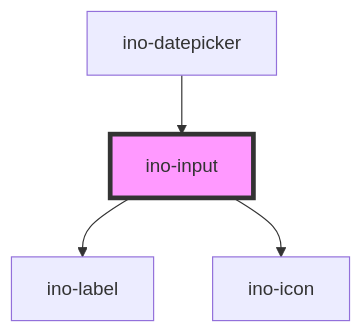
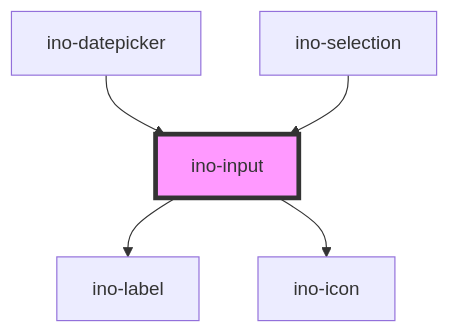
Before and after one commit to inovex/elements: the diagram in packages/elements/src/components/ino-input/readme.md, drawn with Mermaid. The commit also changed other lines of this file and 21 other files, not shown here.

Commit message:
refactor(elements): add autocomplete & virtualScroll to ino-selection - virtualScroll not working

````diff
--- a/packages/elements/src/components/ino-input/readme.md
+++ b/packages/elements/src/components/ino-input/readme.md
@@ -240,7 +241,8 @@
 ```mermaid
 graph TD;
   ino-input --> ino-label
   ino-input --> ino-icon
   ino-datepicker --> ino-input
+  ino-selection --> ino-input
   style ino-input fill:#f9f,stroke:#333,stroke-width:4px
 ```
````
